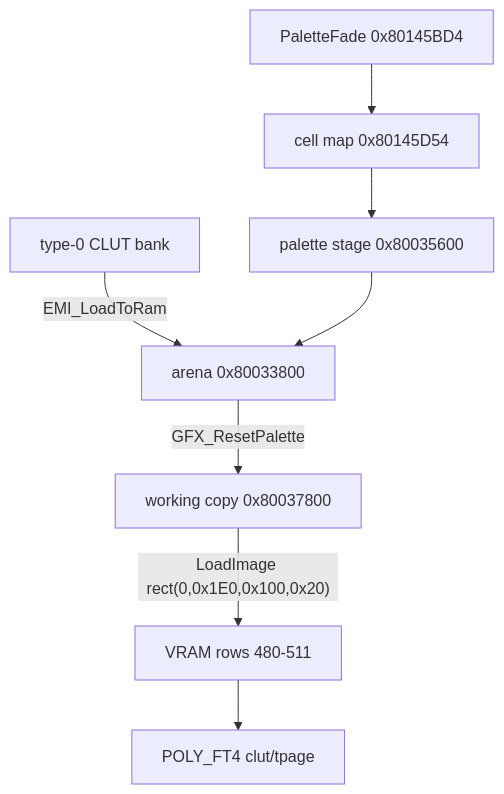
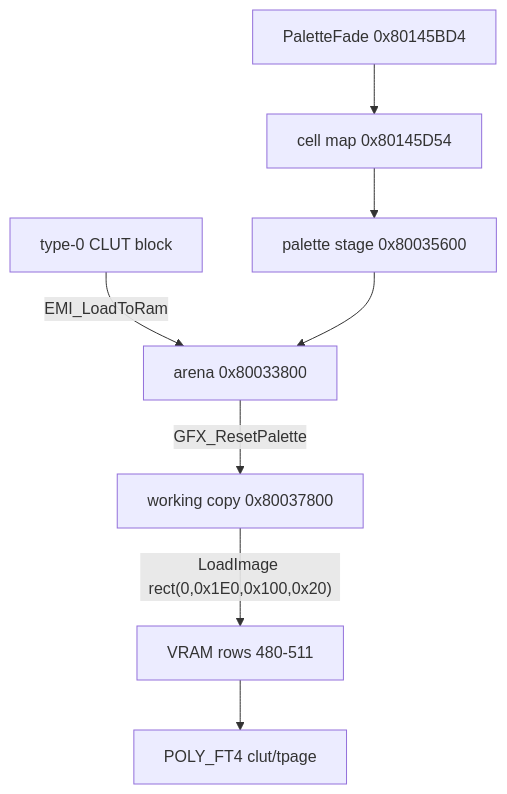
The diagram in src/content/docs/formats/graphics.md (raulcorreia7/bof3-wiki), drawn with Mermaid before and after one commit. The commit also changed other lines of this file and 36 other files, not shown here.

````diff
--- a/src/content/docs/formats/graphics.md
+++ b/src/content/docs/formats/graphics.md
@@ -123,10 +123,10 @@
 ```mermaid
 flowchart TD
-    B["type-0 CLUT bank"] -->|"EMI_LoadToRam"| A["arena 0x80033800"]
+    B["type-0 CLUT block"] -->|"EMI_LoadToRam"| A["arena 0x80033800"]
     A -->|"GFX_ResetPalette"| W["working copy 0x80037800"]
     W -->|"LoadImage rect(0,0x1E0,0x100,0x20)"| V["VRAM rows 480-511"]
     V --> P["POLY_FT4 clut/tpage"]
     F["PaletteFade 0x80145BD4"] --> C["cell map 0x80145D54"]
     C --> S["palette stage 0x80035600"]
     S --> A
 ```
````
